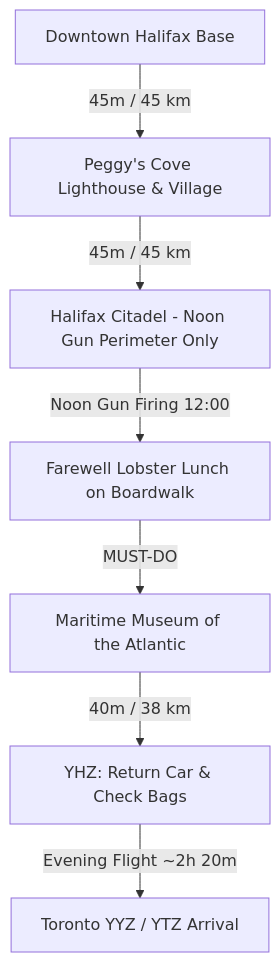
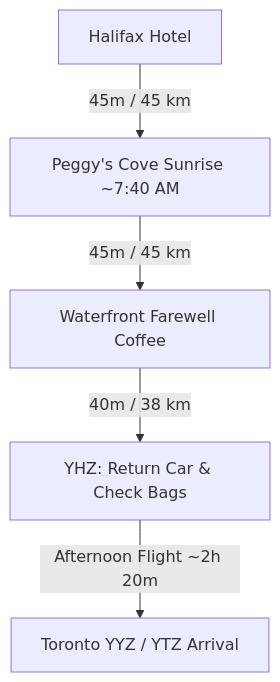
One commit to iammzz/novascotia-2026 changed the diagram in docs/day5_halifax_peggys_cove.md. Above: the diagram before and after it, drawn with Mermaid. The commit also changed other lines of this file and 13 other files, not shown here.

Commit message:
Lock arrival Fri Oct 9 + return Wed Oct 14 afternoon; load Porter outbound PD201; Maritime Museum to arrival evening; Peggy's Cove sunrise on return day

````diff
--- a/docs/day5_halifax_peggys_cove.md
+++ b/docs/day5_halifax_peggys_cove.md
@@ -34,9 +33,7 @@
 ```mermaid
 graph TD
-    A[Downtown Halifax Base] -->|45m / 45 km| B[Peggy's Cove Lighthouse & Village]
-    B -->|45m / 45 km| C[Halifax Citadel - Noon Gun Perimeter Only]
-    C -->|Noon Gun Firing 12:00| D[Farewell Lobster Lunch on Boardwalk]
-    D -->|MUST-DO| E[Maritime Museum of the Atlantic]
-    E -->|40m / 38 km| F[YHZ: Return Car & Check Bags]
-    F -->|Evening Flight ~2h 20m| G[Toronto YYZ / YTZ Arrival]
+    A[Halifax Hotel] -->|45m / 45 km| B[Peggy's Cove Sunrise ~7:40 AM]
+    B -->|45m / 45 km| C[Waterfront Farewell Coffee]
+    C -->|40m / 38 km| D[YHZ: Return Car & Check Bags]
+    D -->|Afternoon Flight ~2h 20m| E[Toronto YYZ / YTZ Arrival]
 ```
````
